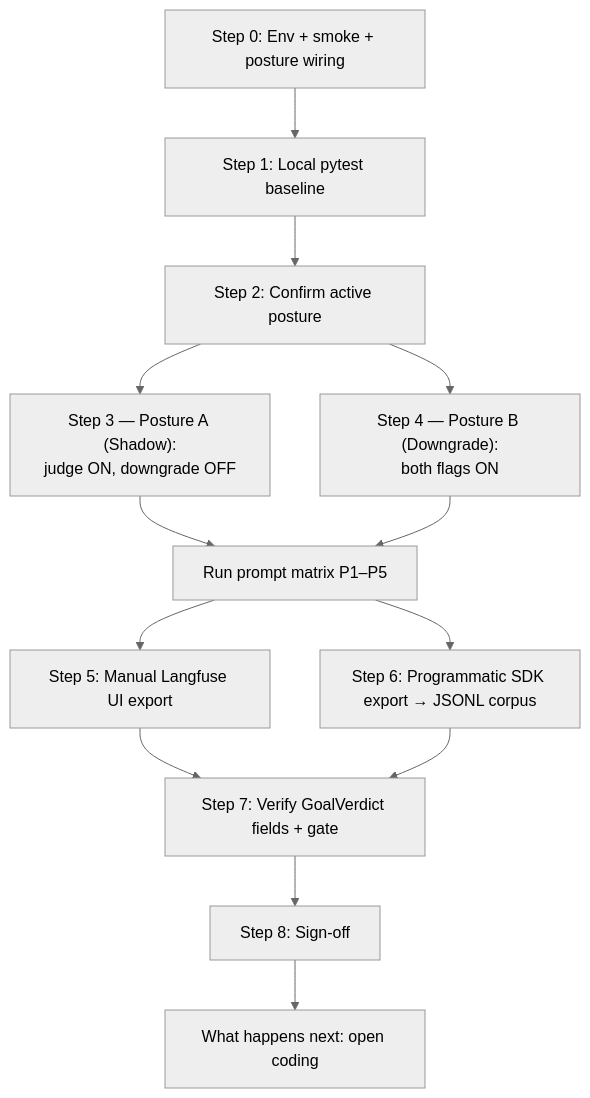
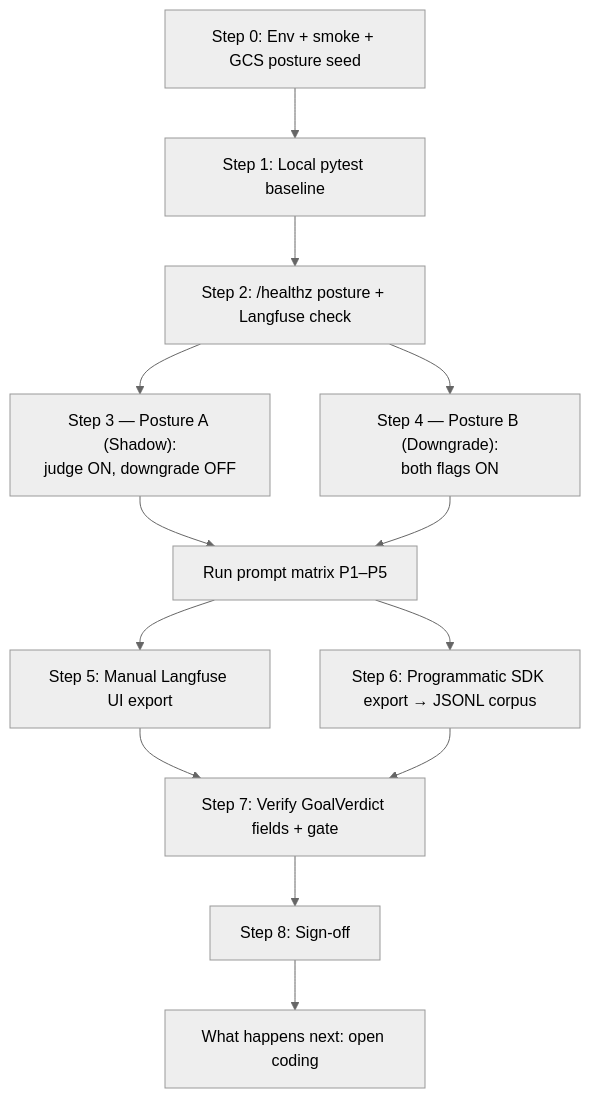
Before and after one commit to rajnishkhatri/AgentsFramework: the diagram in docs/walk-through/02_goaljudge_ui_langfuse_validation_walkthrough.md, drawn with Mermaid (neutral theme). The commit also changed other lines of this file and 22 other files, not shown here.

````diff
--- a/docs/walk-through/02_goaljudge_ui_langfuse_validation_walkthrough.md
+++ b/docs/walk-through/02_goaljudge_ui_langfuse_validation_walkthrough.md
@@ -27,15 +30,15 @@
 ```mermaid
 flowchart TD
-  s0["Step 0: Env + smoke + posture wiring"] --> s1["Step 1: Local pytest baseline"]
-  s1 --> s2["Step 2: Confirm active posture"]
+  s0["Step 0: Env + smoke + GCS posture seed"] --> s1["Step 1: Local pytest baseline"]
+  s1 --> s2["Step 2: /healthz posture + Langfuse check"]
   s2 --> sA["Step 3 — Posture A (Shadow):<br/>judge ON, downgrade OFF"]
   s2 --> sB["Step 4 — Posture B (Downgrade):<br/>both flags ON"]
   sA --> sP["Run prompt matrix P1–P5"]
   sB --> sP
   sP --> s5["Step 5: Manual Langfuse UI export"]
   sP --> s6["Step 6: Programmatic SDK export → JSONL corpus"]
   s5 --> s7["Step 7: Verify GoalVerdict fields + gate"]
   s6 --> s7
   s7 --> s8["Step 8: Sign-off"]
   s8 --> s9["What happens next: open coding"]
 ```
````
